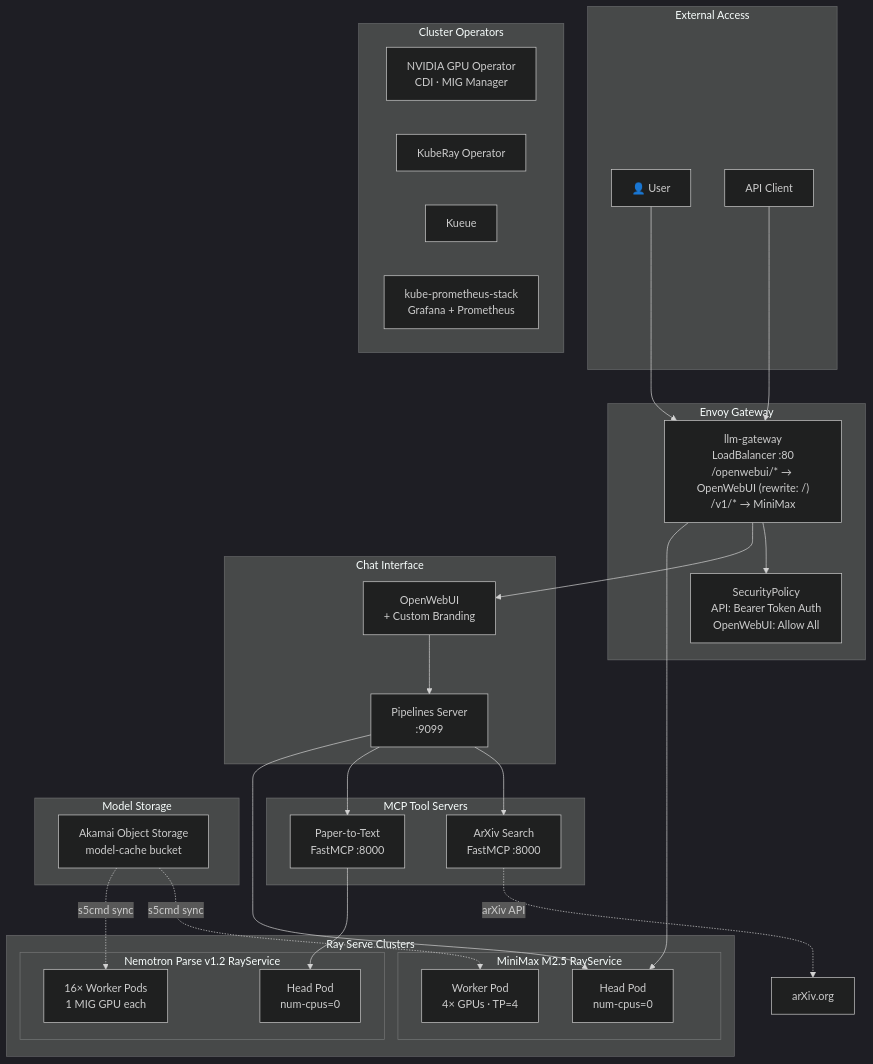
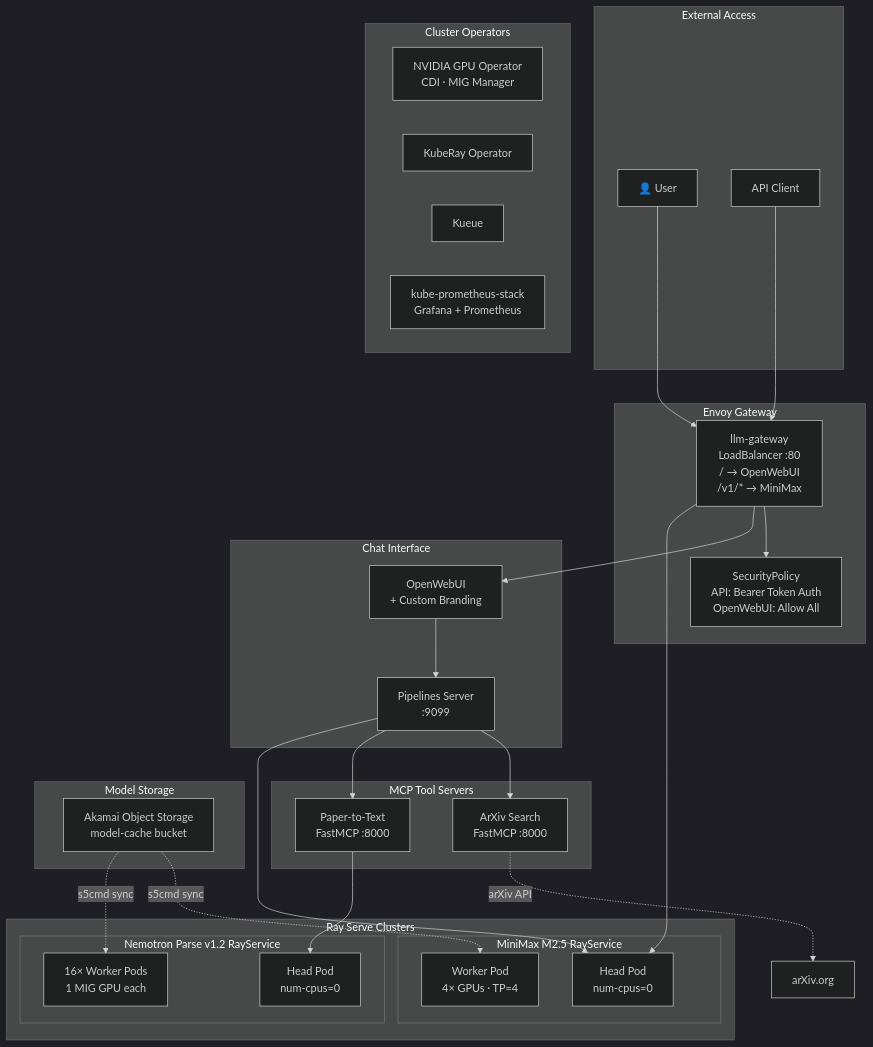
One commit to akamai-developers/multimodal-kuberay changed the first of 3 diagrams in README.md. Above: the diagram before and after it, drawn with Mermaid (dark theme). The commit also changed other lines of this file and 8 other files, not shown here.

````diff
--- a/README.md
+++ b/README.md
@@ -36,58 +36,58 @@
 ```mermaid
 graph TB
     subgraph External["External Access"]
         User["👤 User"]
         API["API Client"]
     end
 
     subgraph Gateway["Envoy Gateway"]
-        GW["llm-gateway<br/>LoadBalancer :80<br/>/openwebui/* → OpenWebUI (rewrite: /)<br/>/v1/* → MiniMax"]
+        GW["llm-gateway<br/>LoadBalancer :80<br/>/ → OpenWebUI<br/>/v1/* → MiniMax"]
         Auth["SecurityPolicy<br/>API: Bearer Token Auth<br/>OpenWebUI: Allow All"]
         GW --> Auth
     end
 
     subgraph UI["Chat Interface"]
         WebUI["OpenWebUI<br/>+ Custom Branding"]
         Pipelines["Pipelines Server<br/>:9099"]
         WebUI --> Pipelines
     end
 
     subgraph MCP["MCP Tool Servers"]
         ArXiv["ArXiv Search<br/>FastMCP :8000"]
         PaperOCR["Paper-to-Text<br/>FastMCP :8000"]
     end
 
     subgraph Ray["Ray Serve Clusters"]
         subgraph MiniMaxCluster["MiniMax M2.5 RayService"]
             MMHead["Head Pod<br/>num-cpus=0"]
             MMWorker["Worker Pod<br/>4× GPUs · TP=4"]
         end
         subgraph NemotronCluster["Nemotron Parse v1.2 RayService"]
             NPHead["Head Pod<br/>num-cpus=0"]
             NPWorkers["16× Worker Pods<br/>1 MIG GPU each"]
         end
     end
 
     subgraph Operators["Cluster Operators"]
         GPUOp["NVIDIA GPU Operator<br/>CDI · MIG Manager"]
         KubeRay["KubeRay Operator"]
         Kueue["Kueue"]
         Prom["kube-prometheus-stack<br/>Grafana + Prometheus"]
     end
 
     subgraph Storage["Model Storage"]
         ObjStore["Akamai Object Storage<br/>model-cache bucket"]
     end
 
     User --> GW
     API --> GW
     GW --> WebUI
     GW --> MMHead
     Pipelines --> ArXiv
     Pipelines --> PaperOCR
     PaperOCR --> NPHead
     Pipelines --> MMHead
     ArXiv -.->|"arXiv API"| ExternalArXiv["arXiv.org"]
     ObjStore -.->|"s5cmd sync"| MMWorker
     ObjStore -.->|"s5cmd sync"| NPWorkers
 ```
````
